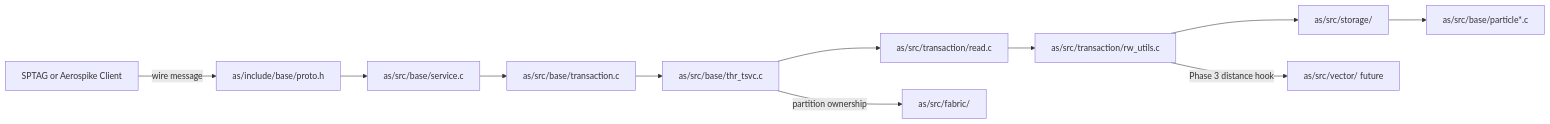
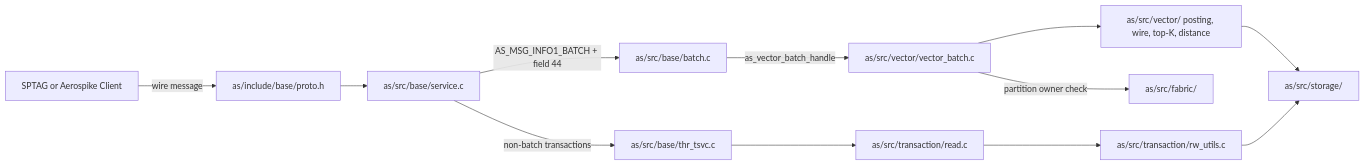
One commit to dzokha-true/aerospike-server changed the diagram in docs/architecture/module-map.md. Above: the diagram before and after it, drawn with Mermaid. The commit also changed other lines of this file and 16 other files, not shown here.

````diff
--- a/docs/architecture/module-map.md
+++ b/docs/architecture/module-map.md
@@ -7,25 +9,26 @@
 ```mermaid
 flowchart LR
     client["SPTAG or Aerospike Client"]
     proto["as/include/base/proto.h"]
     service["as/src/base/service.c"]
-    transactionParse["as/src/base/transaction.c"]
+    batch["as/src/base/batch.c"]
+    vectorBatch["as/src/vector/vector_batch.c"]
+    vectorCore["as/src/vector/ posting, wire, top-K, distance"]
+    storage["as/src/storage/"]
+    fabric["as/src/fabric/"]
     tsvc["as/src/base/thr_tsvc.c"]
     readPath["as/src/transaction/read.c"]
     rwUtils["as/src/transaction/rw_utils.c"]
-    storage["as/src/storage/"]
-    particle["as/src/base/particle*.c"]
-    vectorFuture["as/src/vector/ future"]
-    fabric["as/src/fabric/"]
 
     client -->|"wire message"| proto
     proto --> service
-    service --> transactionParse
-    transactionParse --> tsvc
+    service -->|"AS_MSG_INFO1_BATCH + field 44"| batch
+    batch -->|"as_vector_batch_handle"| vectorBatch
+    vectorBatch --> vectorCore
+    vectorCore --> storage
+    vectorBatch -->|"partition owner check"| fabric
+    service -->|"non-batch transactions"| tsvc
     tsvc --> readPath
     readPath --> rwUtils
     rwUtils --> storage
-    storage --> particle
-    rwUtils -->|"Phase 3 distance hook"| vectorFuture
-    tsvc -->|"partition ownership"| fabric
 ```
````
